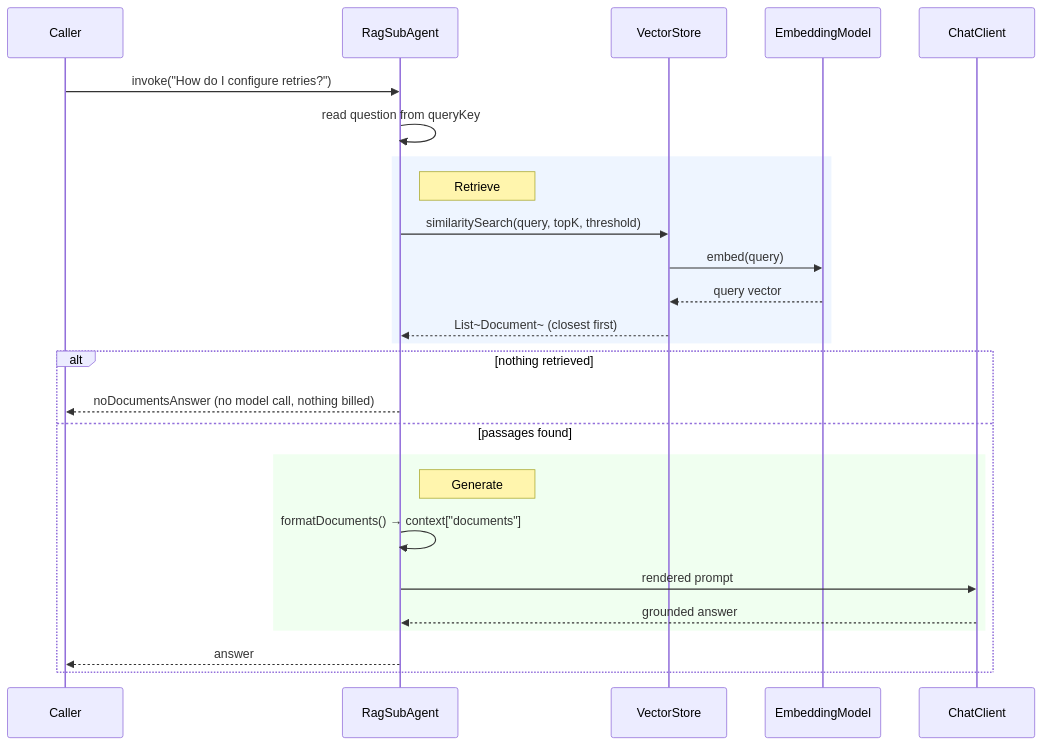
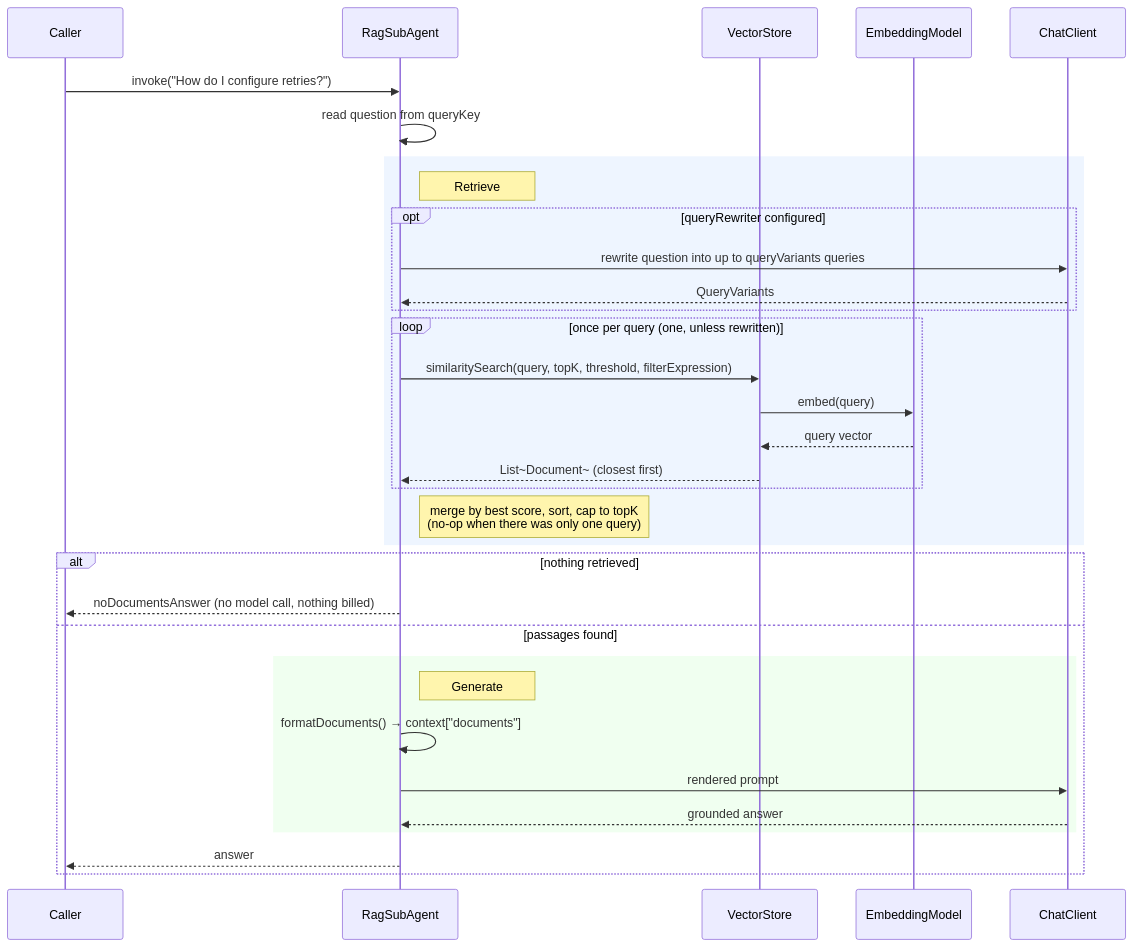
The second of 2 diagrams in api/docs/rag-sub-agent.md (ronaldwkcheng/agent-api), drawn with Mermaid before and after one commit. The commit also changed other lines of this file and 7 other files, not shown here.

First line of the commit message:
Add query rewriting/multi-query and metadata filter to RagSubAgent (ENHANCEMENTS 2.6)

````diff
--- a/api/docs/rag-sub-agent.md
+++ b/api/docs/rag-sub-agent.md
@@ -82,31 +98,38 @@
 ```mermaid
 sequenceDiagram
     participant C as Caller
     participant A as RagSubAgent
     participant V as VectorStore
     participant E as EmbeddingModel
     participant L as ChatClient
 
     C->>A: invoke("How do I configure retries?")
     A->>A: read question from queryKey
 
     rect rgb(238, 245, 255)
     note right of A: Retrieve
-    A->>V: similaritySearch(query, topK, threshold)
-    V->>E: embed(query)
-    E-->>V: query vector
-    V-->>A: List~Document~ (closest first)
+    opt queryRewriter configured
+        A->>L: rewrite question into up to queryVariants queries
+        L-->>A: QueryVariants
+    end
+    loop once per query (one, unless rewritten)
+        A->>V: similaritySearch(query, topK, threshold, filterExpression)
+        V->>E: embed(query)
+        E-->>V: query vector
+        V-->>A: List~Document~ (closest first)
+    end
+    note right of A: merge by best score, sort, cap to topK<br/>(no-op when there was only one query)
     end
 
     alt nothing retrieved
         A-->>C: noDocumentsAnswer (no model call, nothing billed)
     else passages found
         rect rgb(240, 255, 240)
         note right of A: Generate
         A->>A: formatDocuments() → context["documents"]
         A->>L: rendered prompt
         L-->>A: grounded answer
         end
         A-->>C: answer
     end
 ```
````
